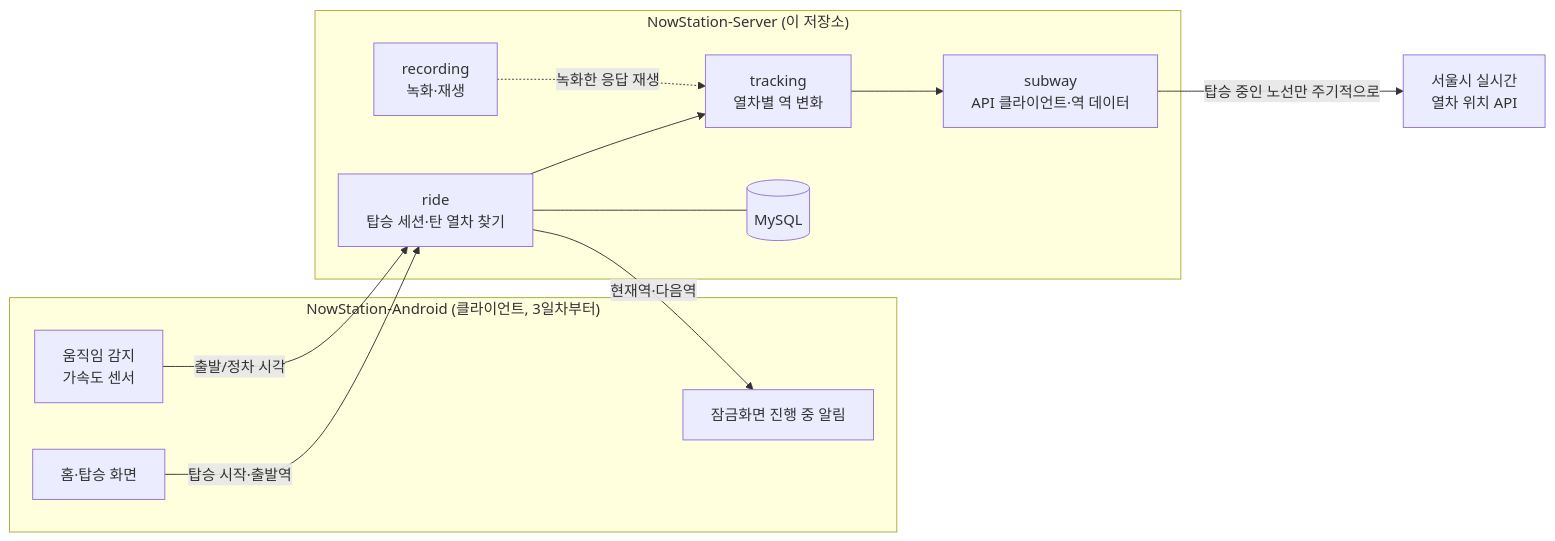
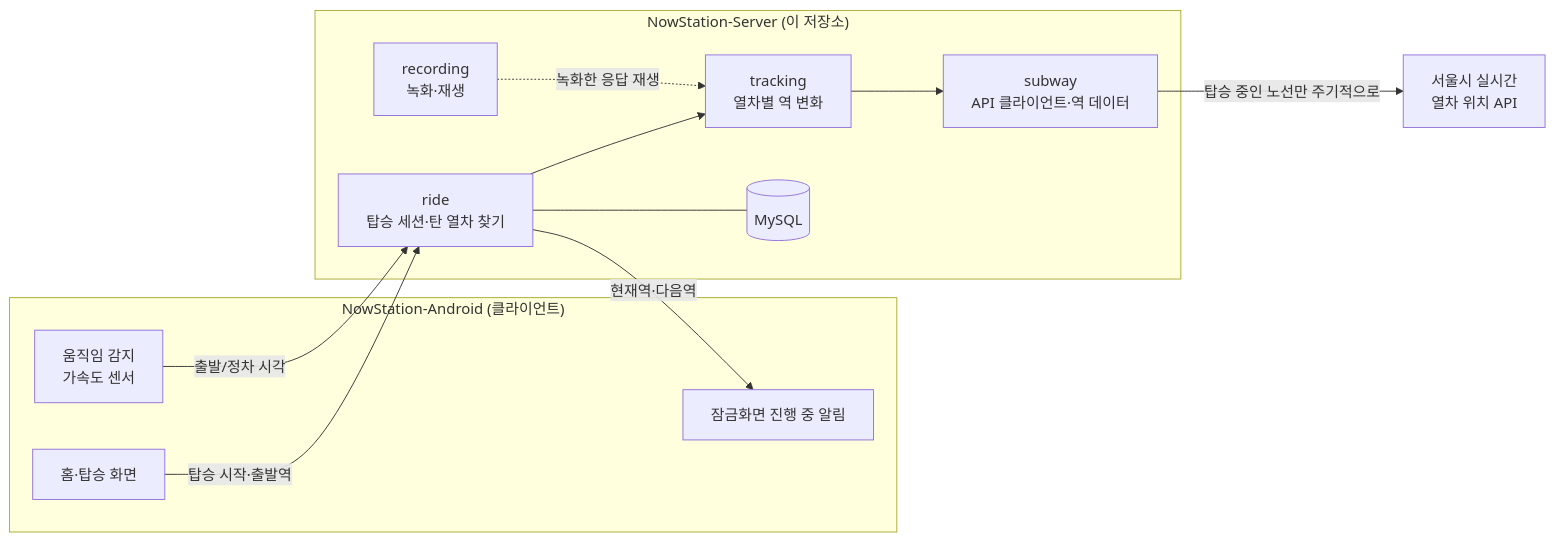
The diagram in README.md (sinadsl1457/NowStation-Server), drawn with Mermaid before and after one commit. The commit also changed other lines of this file, not shown here.

Commit message:
README: 클라이언트 저장소 링크(NowStation-Android)

````diff
--- a/README.md
+++ b/README.md
@@ -11,24 +11,24 @@
 ```mermaid
 flowchart LR
-    subgraph Client["NowStation-Android (클라이언트, 3일차부터)"]
+    subgraph Client["NowStation-Android (클라이언트)"]
         A1[홈·탑승 화면]
         A2[움직임 감지<br/>가속도 센서]
         A3[잠금화면 진행 중 알림]
     end
     subgraph Server["NowStation-Server (이 저장소)"]
         S1[ride<br/>탑승 세션·탄 열차 찾기]
         S2[tracking<br/>열차별 역 변화]
         S3[subway<br/>API 클라이언트·역 데이터]
         S4[recording<br/>녹화·재생]
         DB[(MySQL)]
     end
     API[서울시 실시간<br/>열차 위치 API]
 
     A1 -- 탑승 시작·출발역 --> S1
     A2 -- 출발/정차 시각 --> S1
     S1 -- 현재역·다음역 --> A3
     S1 --> S2 --> S3
     S3 -- 탑승 중인 노선만 주기적으로 --> API
     S4 -. 녹화한 응답 재생 .-> S2
     S1 --- DB
 ```
````
